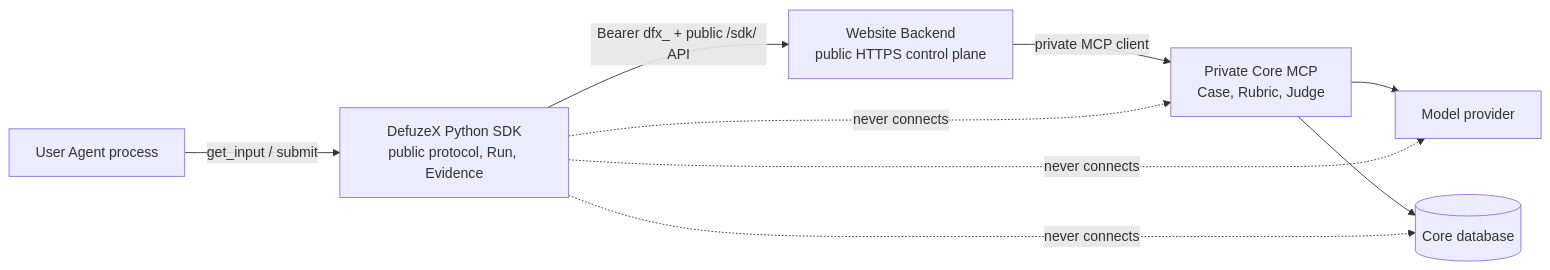
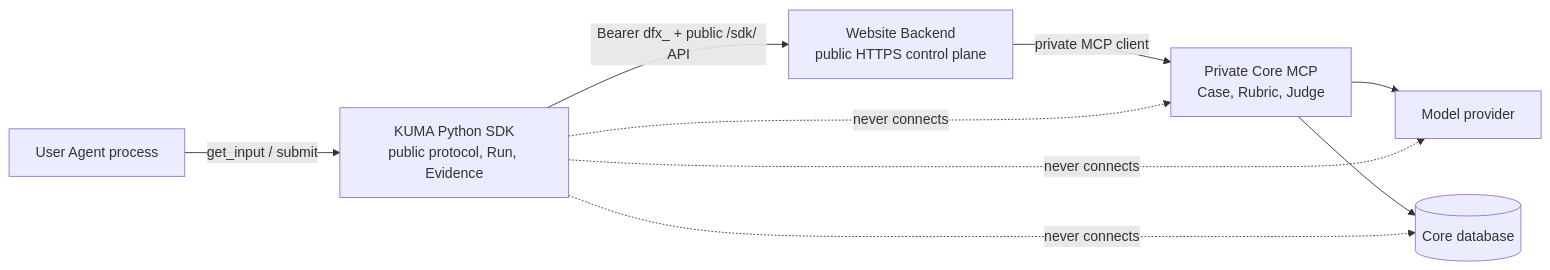
The first of 5 diagrams in docs/architecture.md (DDai22/KUMA-DefuzeX), drawn with Mermaid before and after one commit. The commit also changed other lines of this file and 9 other files, not shown here.

First line of the commit message:
docs: centralize KUMA SDK documentation (#4)

````diff
--- a/docs/architecture.md
+++ b/docs/architecture.md
@@ -7,19 +7,19 @@
 ```mermaid
 flowchart LR
     Agent["User Agent process"]
-    SDK["DefuzeX Python SDK<br/>public protocol, Run, Evidence"]
+    SDK["KUMA Python SDK<br/>public protocol, Run, Evidence"]
     Backend["Website Backend<br/>public HTTPS control plane"]
     Core["Private Core MCP<br/>Case, Rubric, Judge"]
     Model["Model provider"]
     CoreDB[("Core database")]
 
     Agent -->|"get_input / submit"| SDK
     SDK -->|"Bearer dfx_ + public /sdk/ API"| Backend
     Backend -->|"private MCP client"| Core
     Core --> Model
     Core --> CoreDB
 
     SDK -. "never connects" .-> Core
     SDK -. "never connects" .-> Model
     SDK -. "never connects" .-> CoreDB
 ```
````
